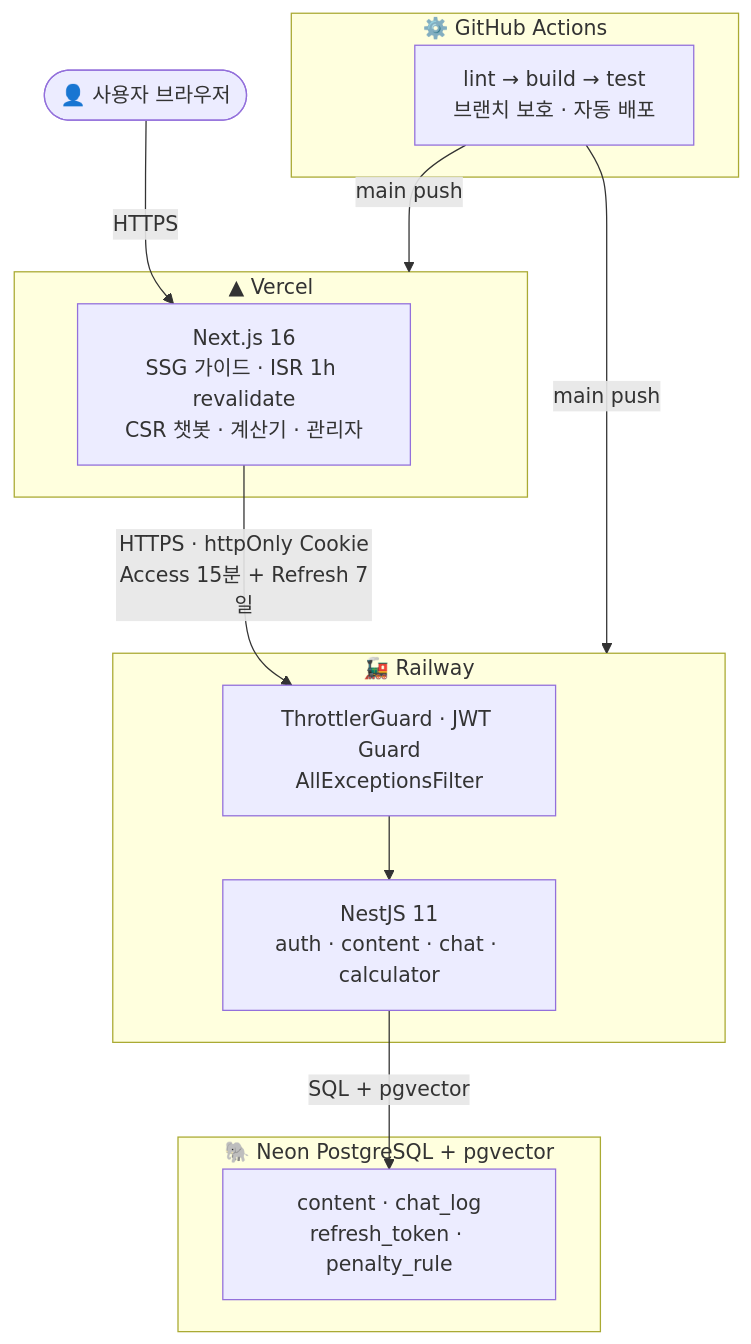
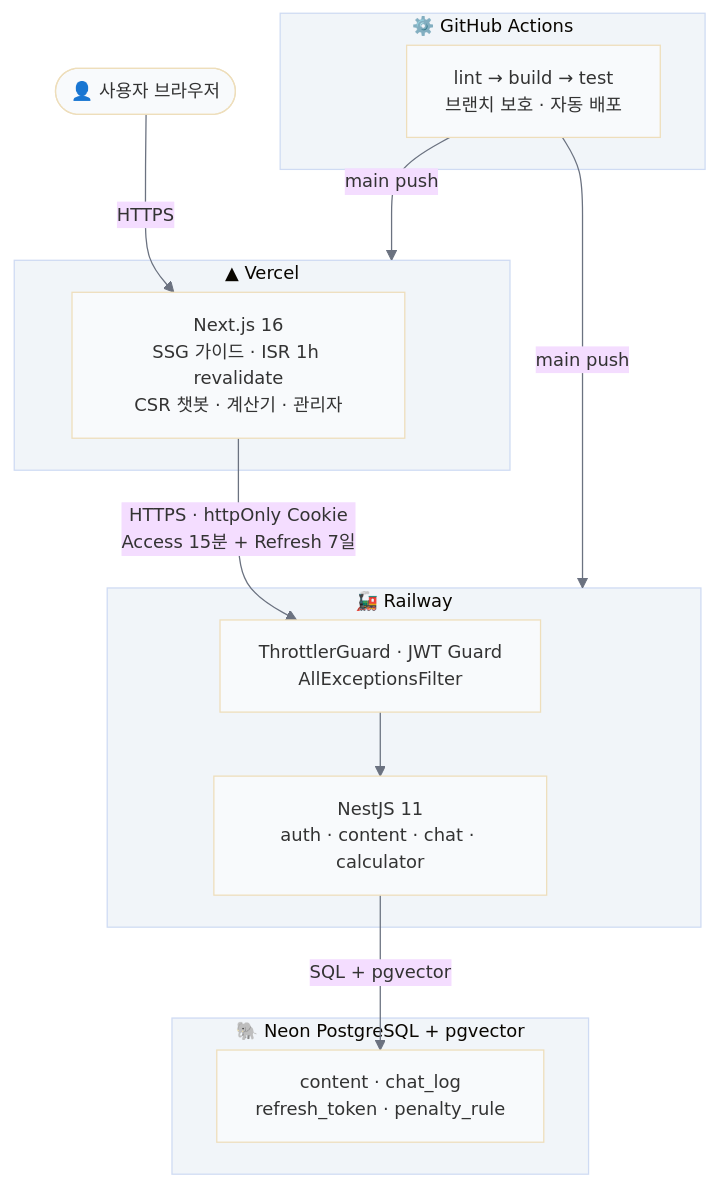
Before and after one commit to grinvi04/drivertree: the diagram in README.md, drawn with Mermaid.

Commit message:
docs: Mermaid 다이어그램 %%{init}%% 베이스 테마 적용
github.com 다크/라이트 모드 양쪽에서 더 깔끔하게 렌더되도록
%%{init: {'theme': 'base', 'themeVariables': {...}}}%% 블록 추가.
PNG + <details> 구조는 그대로 유지.

Claude-Session: https://claude.ai/code/session_01RYmui857SAwm1Sq8seWnWT

````diff
--- a/README.md
+++ b/README.md
@@ -77,28 +77,29 @@
 ```mermaid
+%%{init: {'theme': 'base', 'themeVariables': {'lineColor': '#6b7280', 'background': '#f8fafc', 'mainBkg': '#f8fafc', 'clusterBkg': '#f1f5f9', 'fontSize': '14px'}}}%%
 graph TD
     User(["👤 사용자 브라우저"])
 
     subgraph Vercel["▲ Vercel"]
         FE["Next.js 16<br/>SSG 가이드 · ISR 1h revalidate<br/>CSR 챗봇 · 계산기 · 관리자"]
     end
 
     subgraph Railway["🚂 Railway"]
         Guard["ThrottlerGuard · JWT Guard<br/>AllExceptionsFilter"]
         BE["NestJS 11<br/>auth · content · chat · calculator"]
         Guard --> BE
     end
 
     subgraph Neon["🐘 Neon PostgreSQL + pgvector"]
         DB["content · chat_log<br/>refresh_token · penalty_rule"]
     end
 
     subgraph CI["⚙️ GitHub Actions"]
         CICD["lint → build → test<br/>브랜치 보호 · 자동 배포"]
     end
 
     User -->|"HTTPS"| FE
     FE -->|"HTTPS · httpOnly Cookie<br/>Access 15분 + Refresh 7일"| Guard
     BE -->|"SQL + pgvector"| DB
     CICD -->|"main push"| Railway
     CICD -->|"main push"| Vercel
 ```
````
